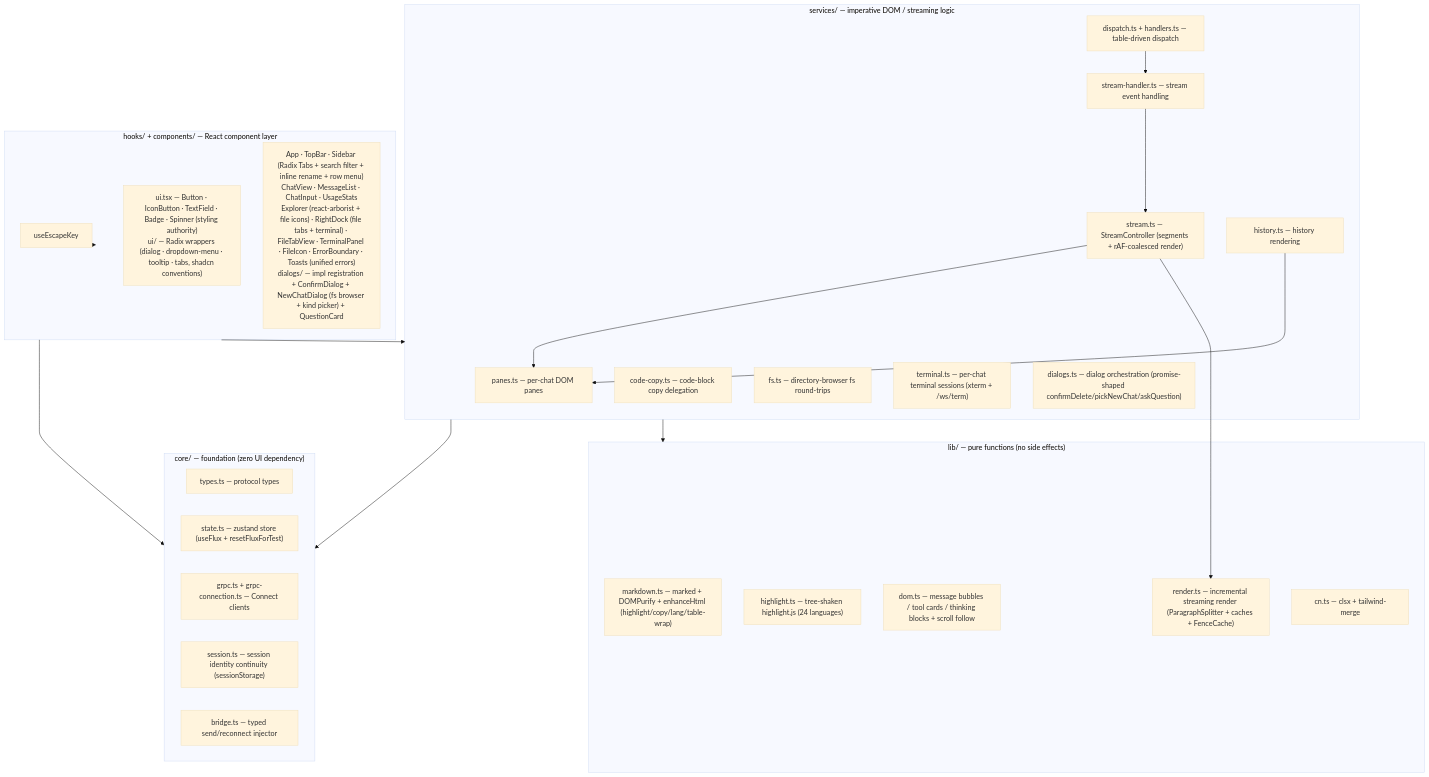
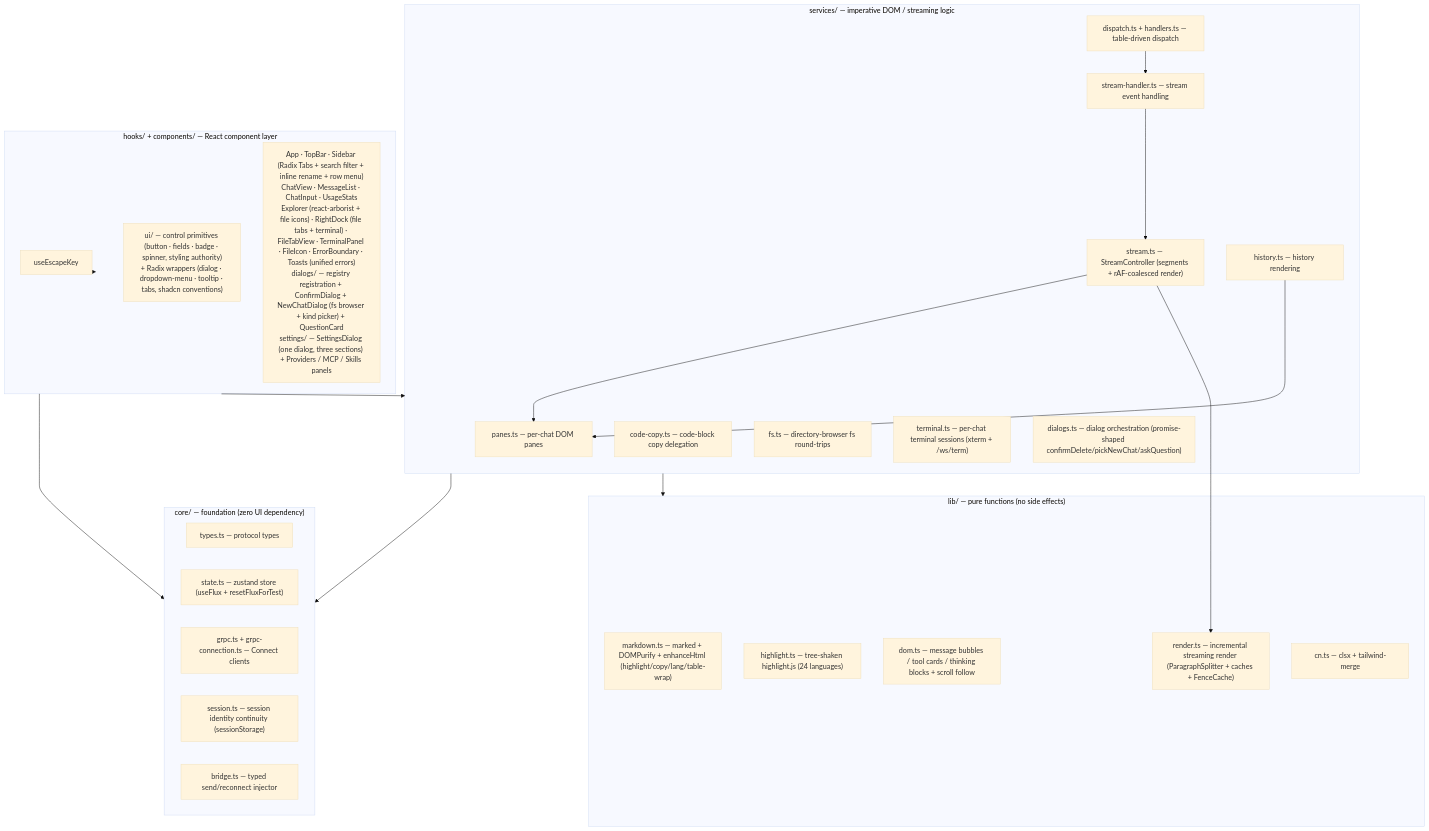
The seventh of 8 diagrams in docs/architecture-en.md (km0e/flux), drawn with Mermaid (base theme) before and after one commit. The commit also changed other lines of this file and 75 other files, not shown here.

````diff
--- a/docs/architecture-en.md
+++ b/docs/architecture-en.md
@@ -500,43 +502,43 @@
 ```mermaid
 graph TB
  subgraph CORE["core/ — foundation (zero UI dependency)"]
  TYPES["types.ts — protocol types"]
  STATE["state.ts — zustand store (useFlux + resetFluxForTest)"]
  GRPC["grpc.ts + grpc-connection.ts — Connect clients"]
  SESS["session.ts — session identity continuity (sessionStorage)"]
  BRIDGE["bridge.ts — typed send/reconnect injector"]
  end
  subgraph LIB["lib/ — pure functions (no side effects)"]
  MD["markdown.ts — marked + DOMPurify + enhanceHtml (highlight/copy/lang/table-wrap)"]
  HL["highlight.ts — tree-shaken highlight.js (24 languages)"]
  DOML["dom.ts — message bubbles / tool cards / thinking blocks + scroll follow"]
  RENDER["render.ts — incremental streaming render (ParagraphSplitter + caches + FenceCache)"]
  CN["cn.ts — clsx + tailwind-merge"]
  end
  subgraph SVC["services/ — imperative DOM / streaming logic"]
  PANES["panes.ts — per-chat DOM panes"]
  STREAM["stream.ts — StreamController (segments + rAF-coalesced render)"]
  SH["stream-handler.ts — stream event handling"]
  HIST["history.ts — history rendering"]
  CC["code-copy.ts — code-block copy delegation"]
  DISP["dispatch.ts + handlers.ts — table-driven dispatch"]
  FS["fs.ts — directory-browser fs round-trips "]
  TERM["terminal.ts — per-chat terminal sessions (xterm + /ws/term)"]
  DIALOGS["dialogs.ts — dialog orchestration (promise-shaped confirmDelete/pickNewChat/askQuestion)"]
  end
  subgraph UI["hooks/ + components/ — React component layer "]
  HOOKS["useEscapeKey"]
- PRIM["ui.tsx — Button · IconButton · TextField · Badge · Spinner (styling authority)<br/>ui/ — Radix wrappers (dialog · dropdown-menu · tooltip · tabs, shadcn conventions)"]
- COMP["App · TopBar · Sidebar (Radix Tabs + search filter + inline rename + row menu)<br/>ChatView · MessageList · ChatInput · UsageStats<br/>Explorer (react-arborist + file icons) · RightDock (file tabs + terminal) · FileTabView · TerminalPanel · FileIcon · ErrorBoundary · Toasts (unified errors)<br/>dialogs/ — impl registration + ConfirmDialog + NewChatDialog (fs browser + kind picker) + QuestionCard"]
+ PRIM["ui/ — control primitives (button · fields · badge · spinner, styling authority)<br/>+ Radix wrappers (dialog · dropdown-menu · tooltip · tabs, shadcn conventions)"]
+ COMP["App · TopBar · Sidebar (Radix Tabs + search filter + inline rename + row menu)<br/>ChatView · MessageList · ChatInput · UsageStats<br/>Explorer (react-arborist + file icons) · RightDock (file tabs + terminal) · FileTabView · TerminalPanel · FileIcon · ErrorBoundary · Toasts (unified errors)<br/>dialogs/ — registry registration + ConfirmDialog + NewChatDialog (fs browser + kind picker) + QuestionCard<br/>settings/ — SettingsDialog (one dialog, three sections) + Providers / MCP / Skills panels"]
  end
  SVC --> LIB
  SVC --> CORE
  DISP --> SH
  SH --> STREAM
  STREAM --> RENDER
  HIST --> PANES
  STREAM --> PANES
  UI --> SVC
  UI --> HOOKS
  UI --> CORE
 ```
````
